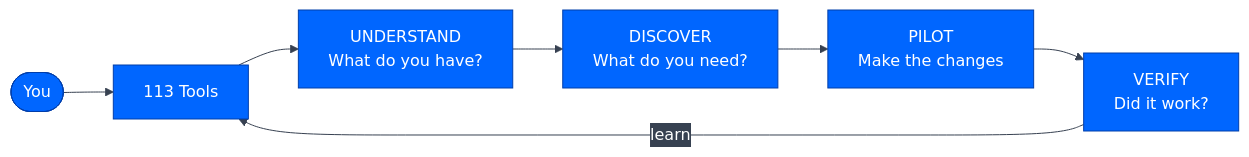
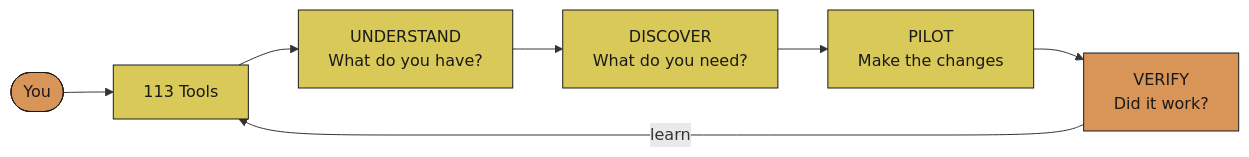
Before and after one commit to JosephOIbrahim/Comfy-Cozy: the seventh of 27 diagrams in README.md, drawn with Mermaid. The commit also changed other lines of this file and 38 other files, not shown here.

````diff
--- a/README.md
+++ b/README.md
@@ -407,10 +501,14 @@
 ```mermaid
-%%{init: {'theme':'base','themeVariables': {'primaryColor':'#0066FF','primaryTextColor':'#ffffff','primaryBorderColor':'#003eaa','lineColor':'#374151','secondaryColor':'#374151','tertiaryColor':'#1f2937','fontFamily':'monospace'}}}%%
 graph LR
     You([You]) --> Agent[113 Tools]
     Agent --> Understand[UNDERSTAND<br/>What do you have?]
     Understand --> Discover[DISCOVER<br/>What do you need?]
     Discover --> Pilot[PILOT<br/>Make the changes]
     Pilot --> Verify[VERIFY<br/>Did it work?]
     Verify -->|learn| Agent
+
+    classDef orange fill:#d99458,color:#1a1a1a,stroke:#1a1a1a
+    classDef yellow fill:#d9c958,color:#1a1a1a,stroke:#1a1a1a
+    class You,Verify orange
+    class Understand,Discover,Pilot,Agent yellow
 ```
````
